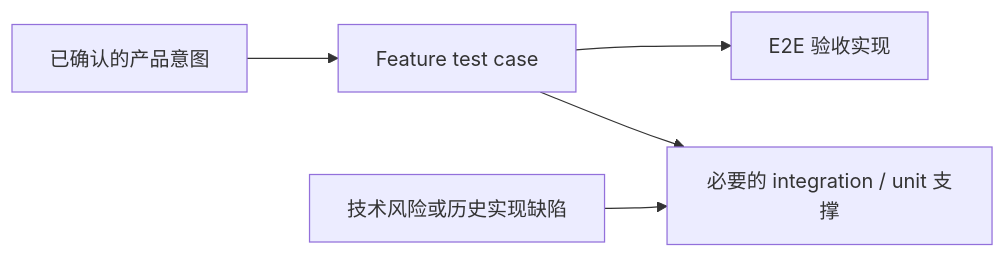
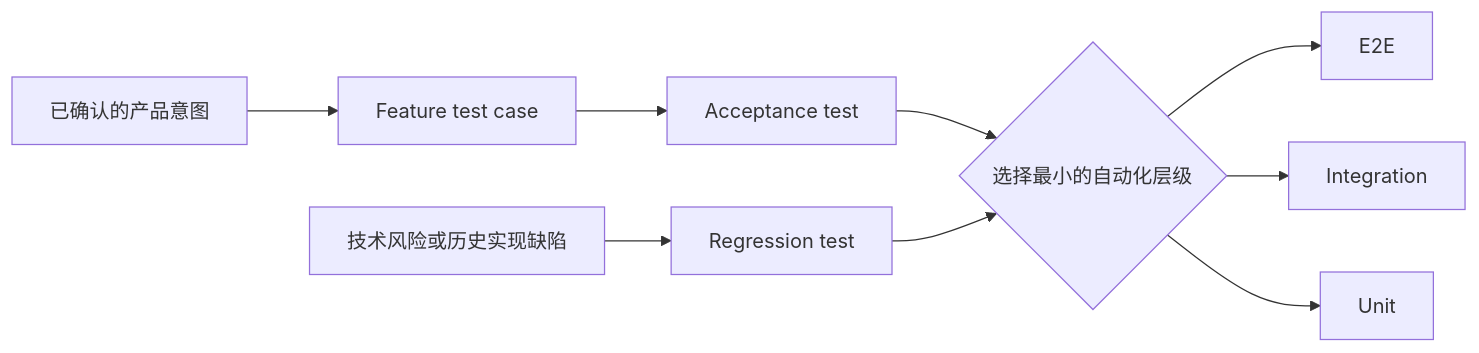
The second of 2 diagrams in docs/references/technical/architecture/test-case-principles.md (Floribunda1/reflecta), drawn with Mermaid before and after one commit. The commit also changed other lines of this file and 55 other files, not shown here.

Commit message:
test(e2e): separate acceptance and regression suites

````diff
--- a/docs/references/technical/architecture/test-case-principles.md
+++ b/docs/references/technical/architecture/test-case-principles.md
@@ -137,7 +137,11 @@
 ```mermaid
 flowchart LR
     A["已确认的产品意图"] --> B["Feature test case"]
-    B --> C["E2E 验收实现"]
-    B --> D["必要的 integration / unit 支撑"]
-    E["技术风险或历史实现缺陷"] --> D
+    B --> C["Acceptance test"]
+    D["技术风险或历史实现缺陷"] --> E["Regression test"]
+    C --> F{"选择最小的自动化层级"}
+    E --> F
+    F --> G["E2E"]
+    F --> H["Integration"]
+    F --> I["Unit"]
 ```
````
